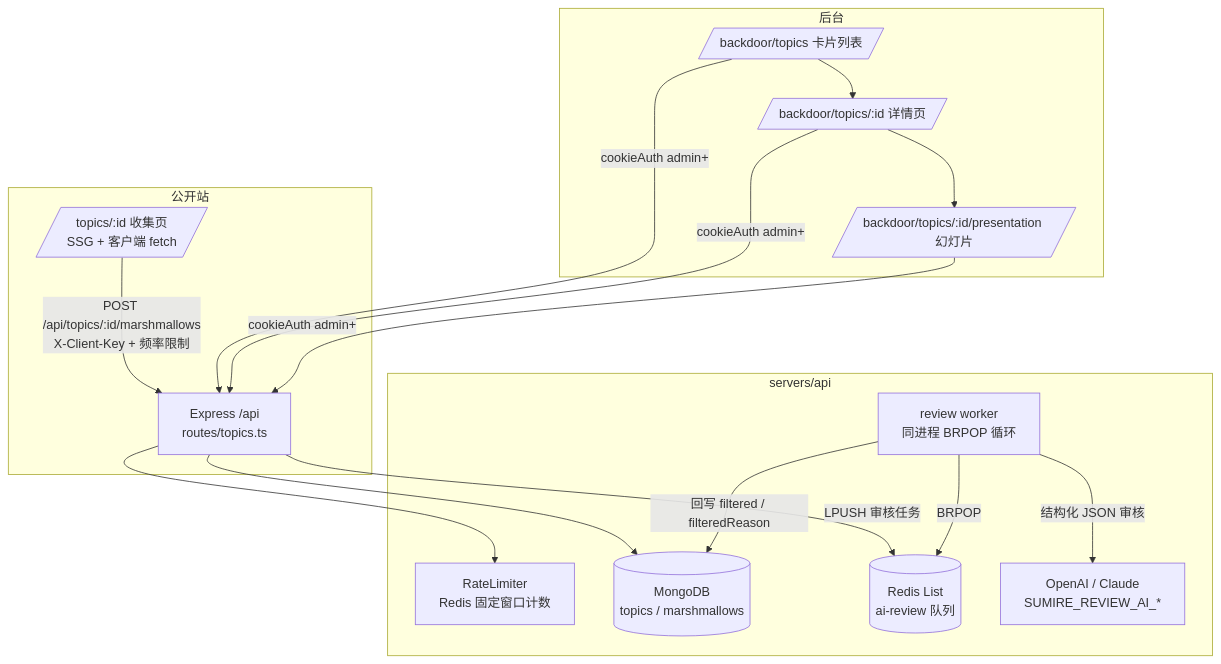
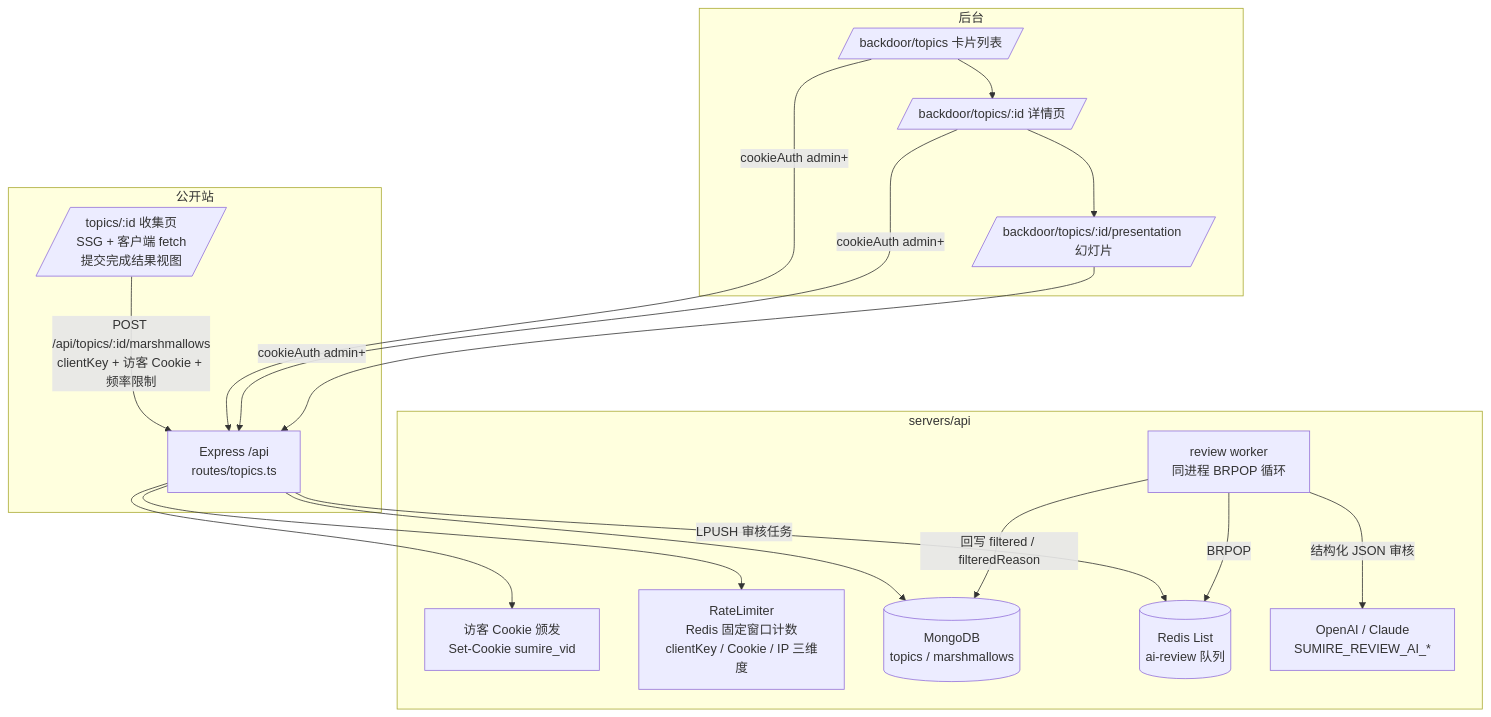
Before and after one commit to Deliay/sumire: the first of 2 diagrams in docs/engineering/proposals/2026-09-06-marshmallow-topics-proposal.md, drawn with Mermaid. The commit also changed other lines of this file and 1 other file, not shown here.

Commit message:
docs: 棉花糖返工修订——访客投递同步颁发 HttpOnly 访客 Cookie 并纳入限速（localStorage 标识 + Cookie + IP 三维度，各 1分钟1条/1小时5条）；投递响应仅返回 { ok: true }，前端展示提交完成结果视图，不暴露 aiReview 等审核字段

````diff
--- a/docs/engineering/proposals/2026-09-06-marshmallow-topics-proposal.md
+++ b/docs/engineering/proposals/2026-09-06-marshmallow-topics-proposal.md
@@ -47,19 +48,20 @@
 ```mermaid
 graph TD
     subgraph 公开站
-        PUB[/topics/:id 收集页<br/>SSG + 客户端 fetch/] -->|POST /api/topics/:id/marshmallows<br/>X-Client-Key + 频率限制| API
+        PUB[/topics/:id 收集页<br/>SSG + 客户端 fetch<br/>提交完成结果视图/] -->|POST /api/topics/:id/marshmallows<br/>clientKey + 访客 Cookie + 频率限制| API
     end
     subgraph 后台
         LIST[/backdoor/topics 卡片列表/] --> DETAIL[/backdoor/topics/:id 详情页/]
         DETAIL --> PRES[/backdoor/topics/:id/presentation 幻灯片/]
         LIST & DETAIL & PRES -->|cookieAuth admin+| API
     end
     subgraph servers/api
-        API[Express /api<br/>routes/topics.ts] --> RL[RateLimiter<br/>Redis 固定窗口计数]
+        API[Express /api<br/>routes/topics.ts] --> VC[访客 Cookie 颁发<br/>Set-Cookie sumire_vid]
+        API --> RL[RateLimiter<br/>Redis 固定窗口计数<br/>clientKey / Cookie / IP 三维度]
         API --> DB[(MongoDB<br/>topics / marshmallows)]
         API -->|LPUSH 审核任务| Q[(Redis List<br/>ai-review 队列)]
         W[review worker<br/>同进程 BRPOP 循环] -->|BRPOP| Q
         W -->|结构化 JSON 审核| AI[OpenAI / Claude<br/>SUMIRE_REVIEW_AI_*]
         W -->|回写 filtered / filteredReason| DB
     end
 ```
````
